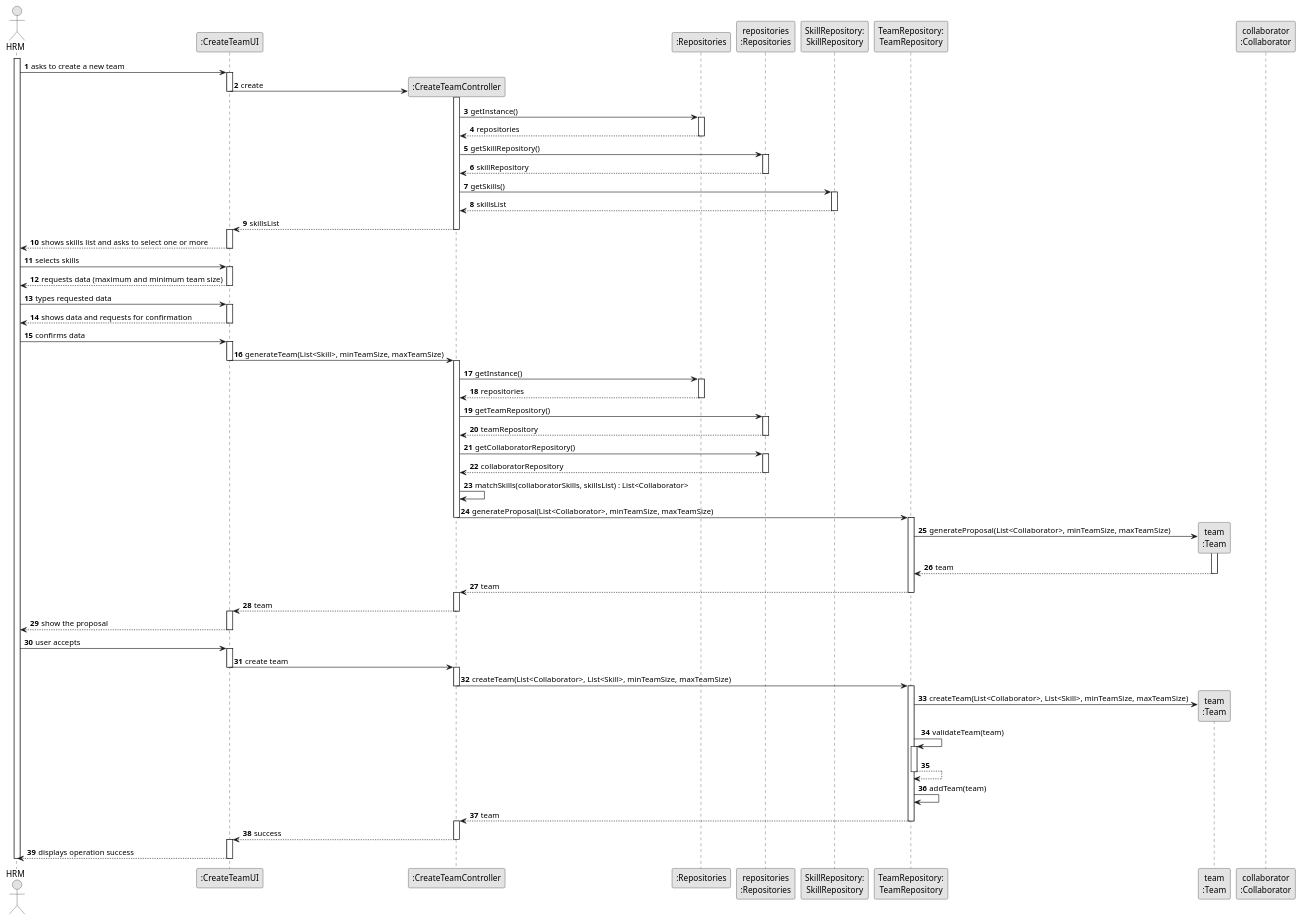
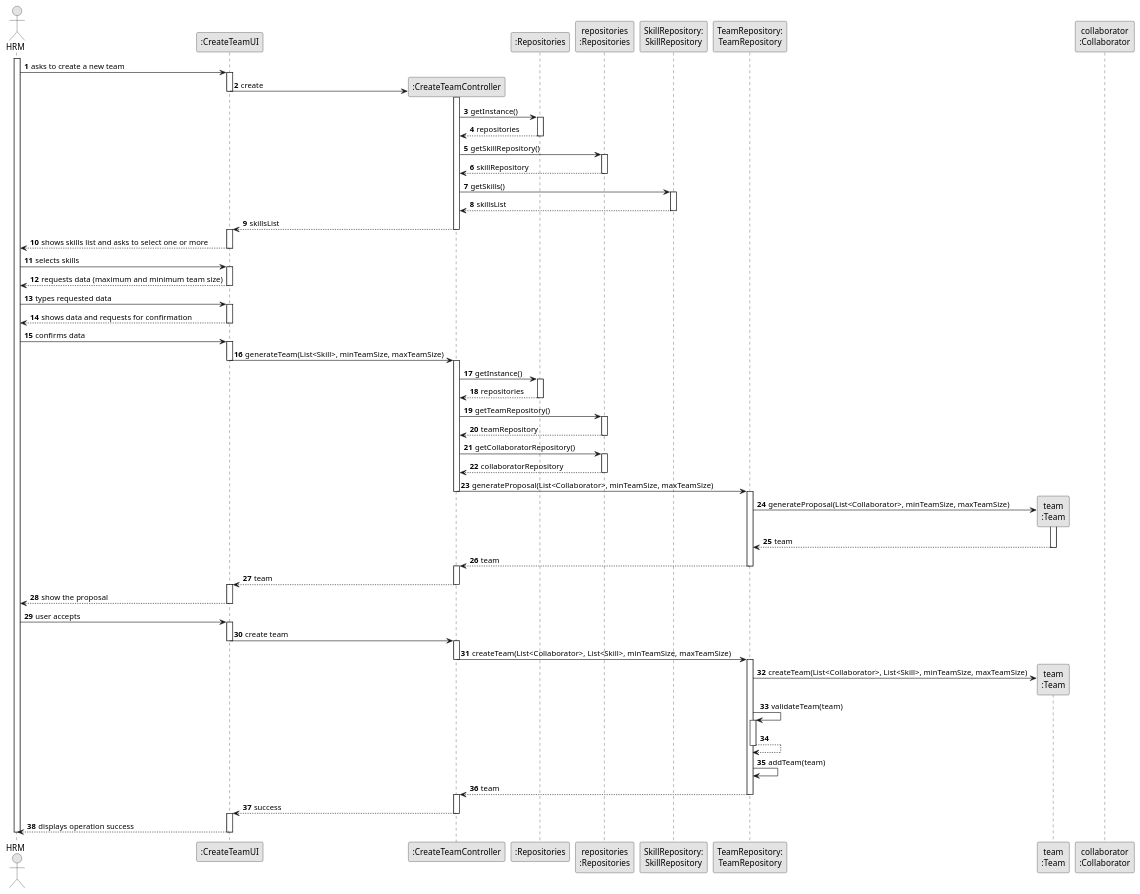
One commit to ricardomm7/leaflink changed the diagram in docs/sprintB/us005/03.design/puml/us005-sequence-diagram-full.puml. Above: the diagram before and after it, drawn with PlantUML. The commit also changed 7 other files, not shown here.

```diff
--- a/docs/sprintB/us005/03.design/puml/us005-sequence-diagram-full.puml
+++ b/docs/sprintB/us005/03.design/puml/us005-sequence-diagram-full.puml
@@ -1,150 +1,150 @@
 @startuml
 skinparam monochrome true
 skinparam packageStyle rectangle
 skinparam shadowing false
 
 autonumber
 
 'hide footbox
 actor "HRM" as ADM
 participant ":CreateTeamUI" as UI
 participant ":CreateTeamController" as CTRL
 participant ":Repositories" as RepositorySingleton
 participant "repositories\n:Repositories" as PLAT
 participant "SkillRepository:\nSkillRepository" as SkillRepository
 participant "TeamRepository:\nTeamRepository" as TeamRepository
 participant "team\n:Team" as Team
 participant "collaborator\n:Collaborator" as Collaborator
 
 activate ADM
 
     ADM -> UI : asks to create a new team
     activate UI
 
         UI -> CTRL** : create
         deactivate UI
         activate CTRL
 
             CTRL -> RepositorySingleton : getInstance()
             activate RepositorySingleton
 
                 RepositorySingleton --> CTRL: repositories
             deactivate RepositorySingleton
 
             CTRL -> PLAT : getSkillRepository()
             activate PLAT
 
                 PLAT --> CTRL: skillRepository
             deactivate PLAT
 
             CTRL -> SkillRepository : getSkills()
             activate SkillRepository
 
                 SkillRepository --> CTRL : skillsList
             deactivate SkillRepository
 
             CTRL --> UI : skillsList
             deactivate CTRL
 
         activate UI
 
         UI --> ADM : shows skills list and asks to select one or more
         deactivate UI
 
     ADM -> UI : selects skills
     activate UI
 
     UI --> ADM : requests data (maximum and minimum team size)
     deactivate UI
 
 ADM -> UI : types requested data
 activate UI
 
     UI --> ADM : shows data and requests for confirmation
     deactivate UI
 
 ADM -> UI : confirms data
 activate UI
 
 UI -> CTRL : generateTeam(List<Skill>, minTeamSize, maxTeamSize)
 deactivate UI
 activate CTRL
 
     CTRL -> RepositorySingleton : getInstance()
     activate RepositorySingleton
 
         RepositorySingleton --> CTRL: repositories
     deactivate RepositorySingleton
 
     CTRL -> PLAT : getTeamRepository()
     activate PLAT
 
         PLAT --> CTRL: teamRepository
     deactivate PLAT
 
     CTRL -> PLAT : getCollaboratorRepository()
     activate PLAT
 
         PLAT --> CTRL: collaboratorRepository
     deactivate PLAT
 
 
-    CTRL -> CTRL : matchSkills(collaboratorSkills, skillsList) : List<Collaborator>
+    'CTRL -> CTRL : matchSkills(collaboratorSkills, skillsList) : List<Collaborator>
 
     CTRL -> TeamRepository : generateProposal(List<Collaborator>, minTeamSize, maxTeamSize)
 deactivate CTRL
     activate TeamRepository
 
         TeamRepository -> Team**: generateProposal(List<Collaborator>, minTeamSize, maxTeamSize)
 activate Team
 Team -->TeamRepository : team
 deactivate Team
 TeamRepository --> CTRL : team
     deactivate TeamRepository
     activate CTRL
     CTRL --> UI : team
     deactivate CTRL
     activate UI
 
 
 
 
 
 UI --> ADM: show the proposal
 deactivate UI
 
 ADM -> UI: user accepts
 activate UI
 
     UI -> CTRL : create team
     deactivate UI
     activate CTRL
 
             CTRL -> TeamRepository: createTeam(List<Collaborator>, List<Skill>, minTeamSize, maxTeamSize)
             deactivate CTRL
             activate TeamRepository
 
             TeamRepository -> Team**: createTeam(List<Collaborator>, List<Skill>, minTeamSize, maxTeamSize)
 
                 TeamRepository -> TeamRepository: validateTeam(team)
             activate TeamRepository
 
                 TeamRepository --> TeamRepository
             deactivate TeamRepository
 
             TeamRepository -> TeamRepository: addTeam(team)
 
             TeamRepository --> CTRL: team
         deactivate TeamRepository
         activate CTRL
 
         CTRL --> UI : success
         deactivate CTRL
         activate UI
 
         UI --> ADM: displays operation success
 deactivate UI
 
 deactivate ADM
 
 @enduml
```
